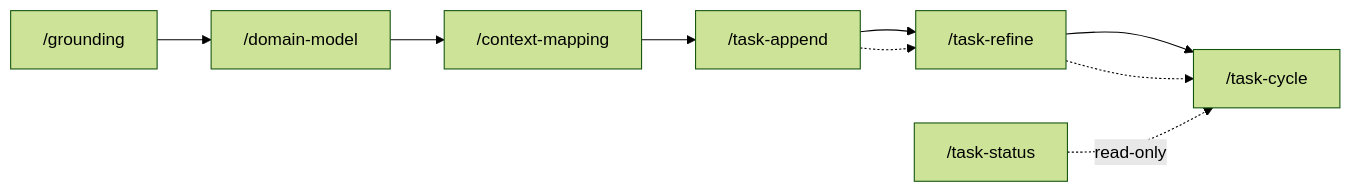
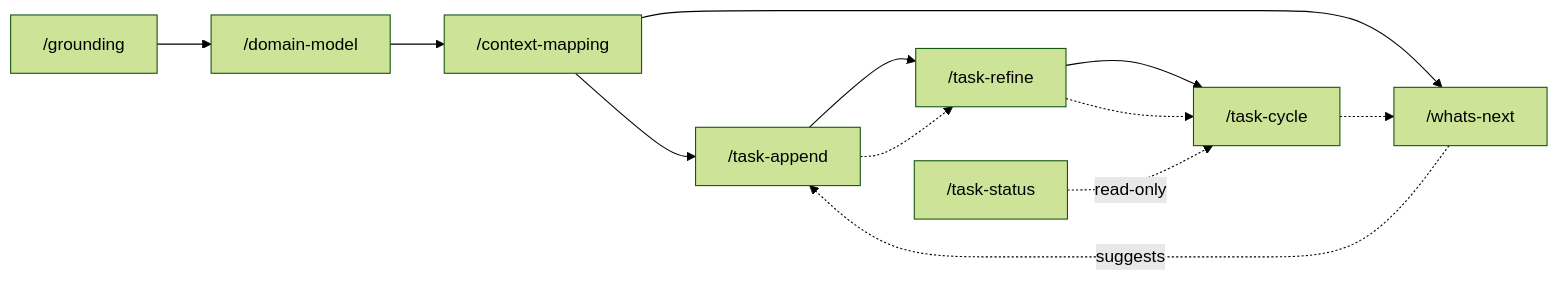
One commit to mtrense/skills changed the diagram in domain-driven/README.md. Above: the diagram before and after it, drawn with Mermaid (forest theme). The commit also changed other lines of this file and 3 other files, not shown here.

First line of the commit message:
feat(domain-driven): add /whats-next skill (assess domain vs backlog, suggest next tasks)

````diff
--- a/domain-driven/README.md
+++ b/domain-driven/README.md
@@ -12,7 +12,10 @@
 ```mermaid
 flowchart LR
   g["/grounding"] --> dm["/domain-model"] --> cm["/context-mapping"]
   cm --> ap["/task-append"] --> rf["/task-refine"] --> wc["/task-cycle"]
   ap -.-> rf -.-> wc
-  st["/task-status"] -.read-only.-> wc
+  ts["/whats-next"] -.suggests.-> ap
+  cm --> ts
+  wc -.-> ts
+  stat["/task-status"] -.read-only.-> wc
 ```
````
